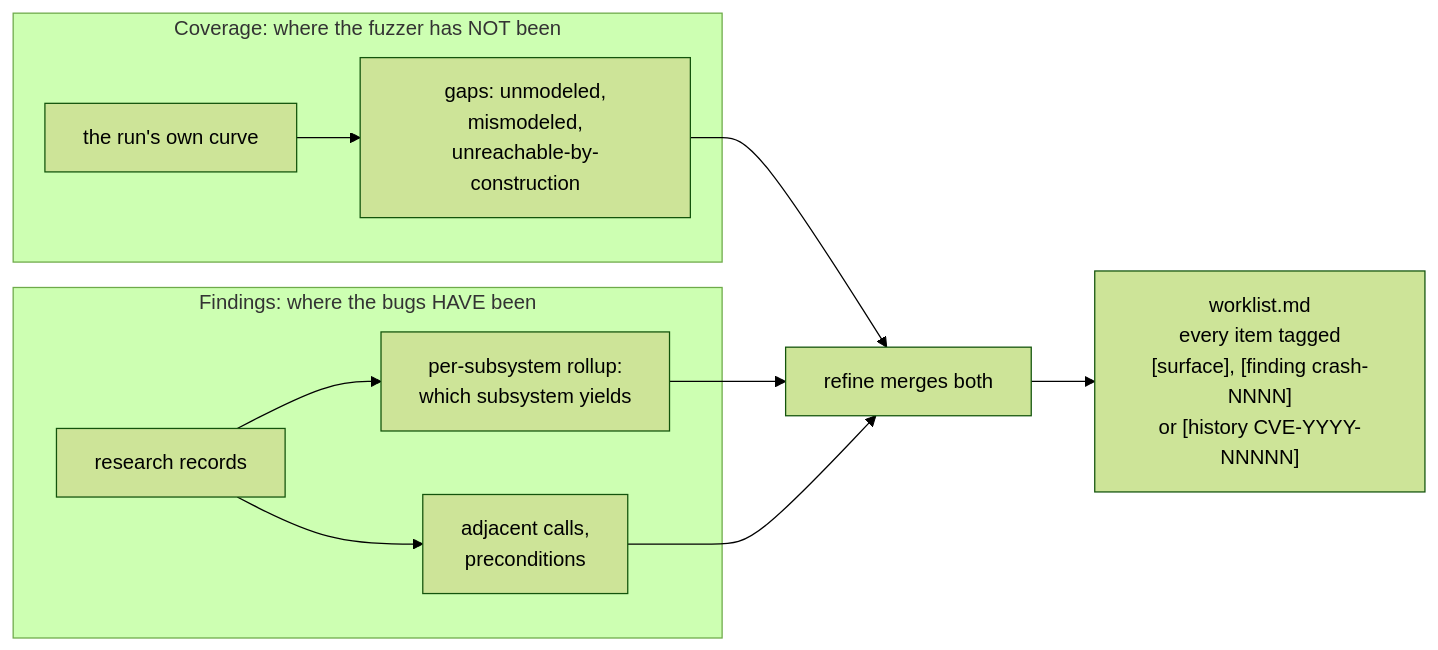
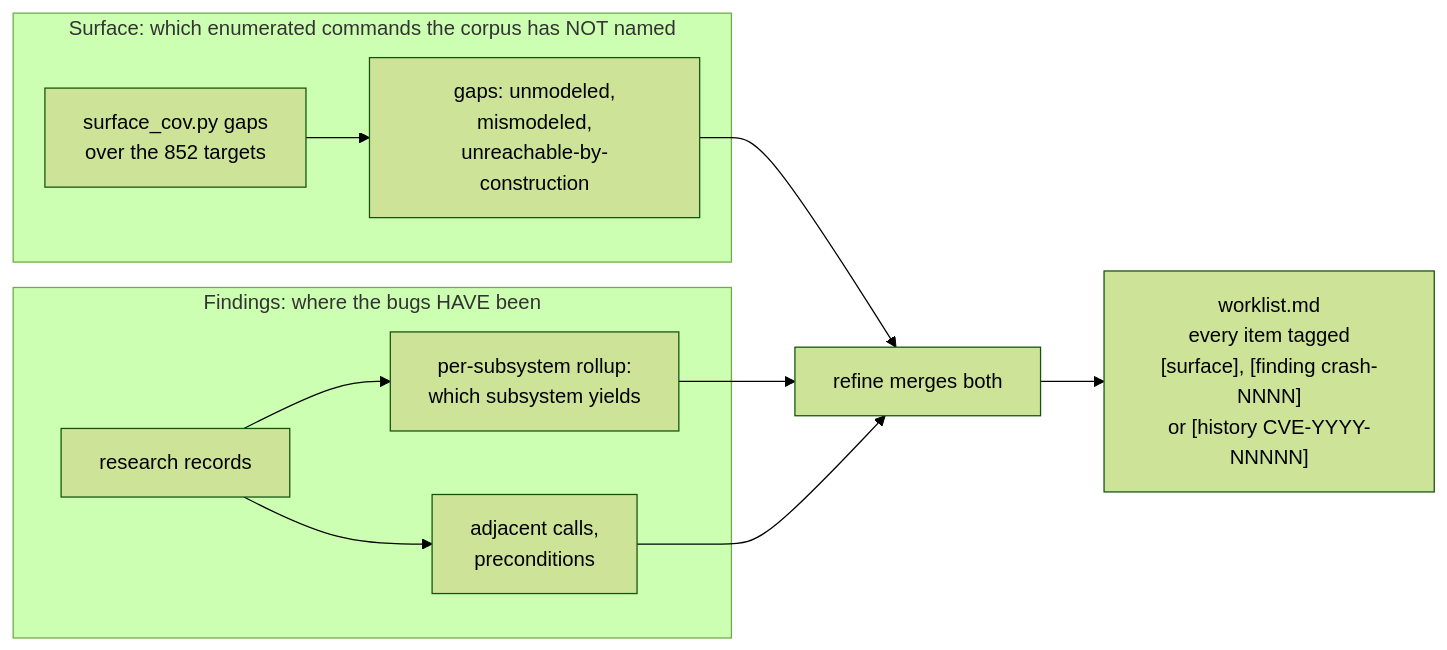
Before and after one commit to Indspl0it/gspwn: the first of 2 diagrams in docs/src/content/docs/architecture/sub-agents.md, drawn with Mermaid (forest theme). The commit also changed other lines of this file and 15 other files, not shown here.

First line of the commit message:
Rewrite the Architecture pages against source

````diff
--- a/docs/src/content/docs/architecture/sub-agents.md
+++ b/docs/src/content/docs/architecture/sub-agents.md
@@ -67,14 +99,14 @@
 ```mermaid
 flowchart LR
-  subgraph COV["Coverage: where the fuzzer has NOT been"]
-    C1["the run's own curve"] --> C2["gaps: unmodeled,<br/>mismodeled,<br/>unreachable-by-construction"]
+  subgraph COV["Surface: which enumerated commands the corpus has NOT named"]
+    C1["surface_cov.py gaps<br/>over the 852 targets"] --> C2["gaps: unmodeled,<br/>mismodeled,<br/>unreachable-by-construction"]
   end
   subgraph FIND["Findings: where the bugs HAVE been"]
     F1["research records"] --> F2["per-subsystem rollup:<br/>which subsystem yields"]
     F1 --> F3["adjacent calls,<br/>preconditions"]
   end
   C2 --> MERGE["refine merges both"]
   F2 --> MERGE
   F3 --> MERGE
   MERGE --> WL["worklist.md<br/>every item tagged<br/>[surface], [finding crash-NNNN]<br/>or [history CVE-YYYY-NNNNN]"]
 ```
````
